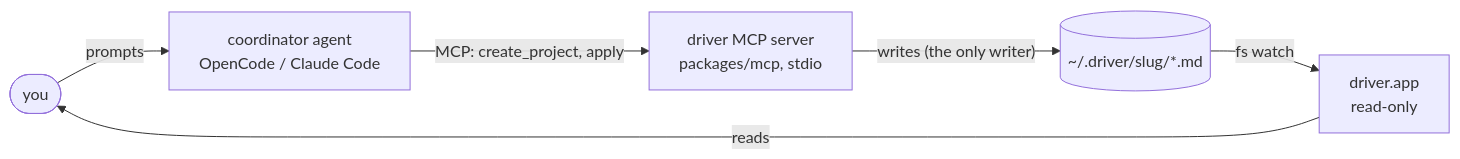
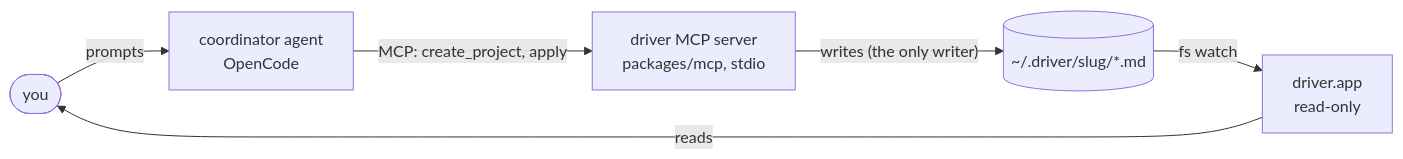
The diagram in README.md (michaelhelvey/driver), drawn with Mermaid before and after one commit. The commit also changed other lines of this file and 3 other files, not shown here.

````diff
--- a/README.md
+++ b/README.md
@@ -9,8 +9,8 @@
 ```mermaid
 flowchart LR
-  you([you]) -- prompts --> coord[coordinator agent<br/>OpenCode / Claude Code]
+  you([you]) -- prompts --> coord[coordinator agent<br/>OpenCode]
   coord -- "MCP: create_project, apply" --> mcp[driver MCP server<br/>packages/mcp, stdio]
   mcp -- "writes (the only writer)" --> files[("~/.driver/slug/*.md")]
   files -- fs watch --> app[driver.app<br/>read-only]
   app -- reads --> you
 ```
````
